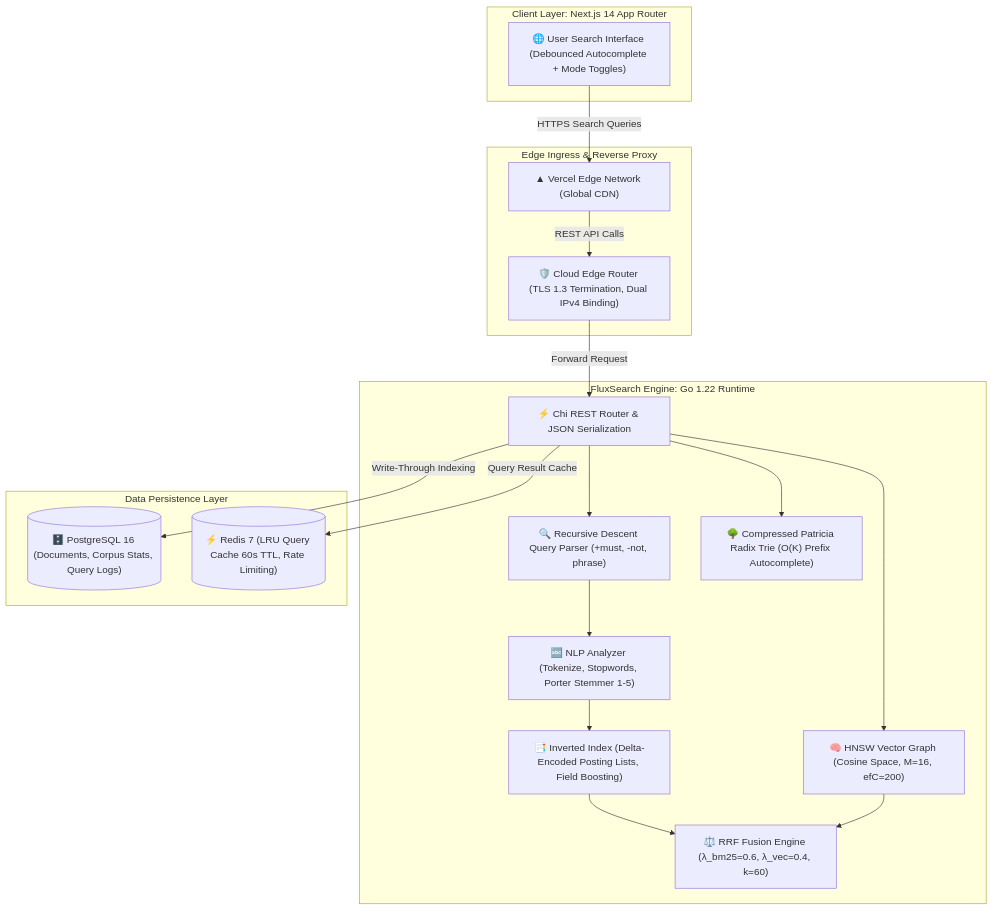
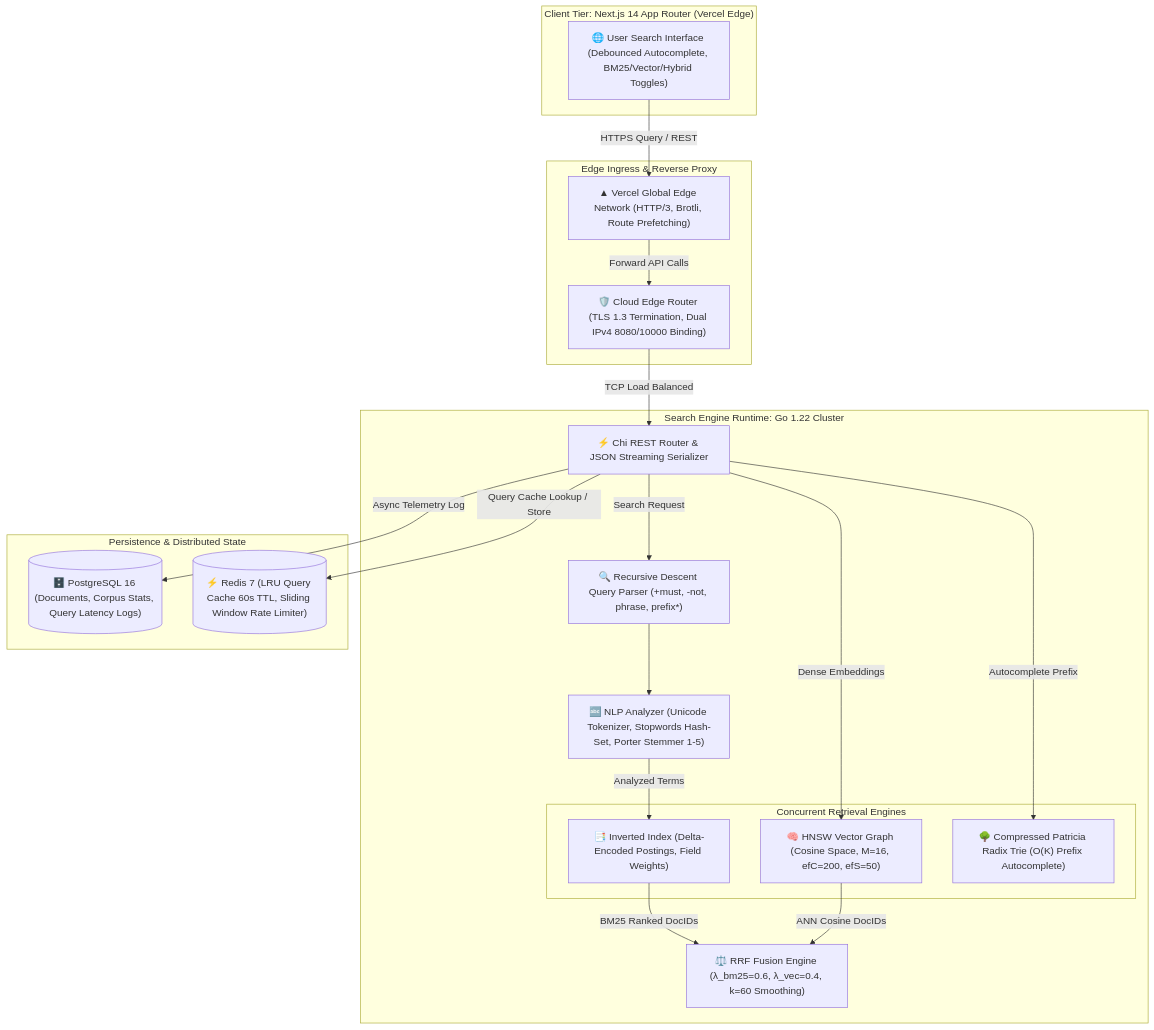
The first of 2 diagrams in README.md (AvijeetTiwari3/fluxsearch), drawn with Mermaid before and after one commit. The commit also changed other lines of this file, not shown here.

Commit message:
docs: publish Google SDE-grade architecture README with math proofs and sequence diagrams

````diff
--- a/README.md
+++ b/README.md
@@ -55,41 +68,46 @@
 ```mermaid
 flowchart TD
-    subgraph ClientTier ["Client Layer: Next.js 14 App Router"]
-        Browser["🌐 User Search Interface (Debounced Autocomplete + Mode Toggles)"]
+    subgraph ClientTier ["Client Tier: Next.js 14 App Router (Vercel Edge)"]
+        Browser["🌐 User Search Interface (Debounced Autocomplete, BM25/Vector/Hybrid Toggles)"]
     end
 
     subgraph EdgeRouting ["Edge Ingress & Reverse Proxy"]
-        VercelEdge["▲ Vercel Edge Network (Global CDN)"]
-        EdgeProxy["🛡️ Cloud Edge Router (TLS 1.3 Termination, Dual IPv4 Binding)"]
+        VercelCDN["▲ Vercel Global Edge Network (HTTP/3, Brotli, Route Prefetching)"]
+        RenderIngress["🛡️ Cloud Edge Router (TLS 1.3 Termination, Dual IPv4 8080/10000 Binding)"]
     end
 
-    subgraph EngineCore ["FluxSearch Engine: Go 1.22 Runtime"]
-        APIRouter["⚡ Chi REST Router & JSON Serialization"]
-        QueryParser["🔍 Recursive Descent Query Parser (+must, -not, phrase)"]
-        NLP["🔤 NLP Analyzer (Tokenize, Stopwords, Porter Stemmer 1-5)"]
-        InvertedIndex["📑 Inverted Index (Delta-Encoded Posting Lists, Field Boosting)"]
-        HNSW["🧠 HNSW Vector Graph (Cosine Space, M=16, efC=200)"]
-        RRFFusion["⚖️ RRF Fusion Engine (λ_bm25=0.6, λ_vec=0.4, k=60)"]
-        PatriciaTrie["🌳 Compressed Patricia Radix Trie (O(K) Prefix Autocomplete)"]
+    subgraph ComputeTier ["Search Engine Runtime: Go 1.22 Cluster"]
+        ChiRouter["⚡ Chi REST Router & JSON Streaming Serializer"]
+        Parser["🔍 Recursive Descent Query Parser (+must, -not, phrase, prefix*)"]
+        NLP["🔤 NLP Analyzer (Unicode Tokenizer, Stopwords Hash-Set, Porter Stemmer 1-5)"]
+        
+        subgraph DualEngines ["Concurrent Retrieval Engines"]
+            InvertedIdx["📑 Inverted Index (Delta-Encoded Postings, Field Weights)"]
+            HNSWGraph["🧠 HNSW Vector Graph (Cosine Space, M=16, efC=200, efS=50)"]
+            RadixTrie["🌳 Compressed Patricia Radix Trie (O(K) Prefix Autocomplete)"]
+        end
+
+        FusionEngine["⚖️ RRF Fusion Engine (λ_bm25=0.6, λ_vec=0.4, k=60 Smoothing)"]
     end
 
-    subgraph StorageTier ["Data Persistence Layer"]
-        Postgres[("🗄️ PostgreSQL 16 (Documents, Corpus Stats, Query Logs)")]
-        RedisCache[("⚡ Redis 7 (LRU Query Cache 60s TTL, Rate Limiting)")]
+    subgraph StorageTier ["Persistence & Distributed State"]
+        Postgres[("🗄️ PostgreSQL 16 (Documents, Corpus Stats, Query Latency Logs)")]
+        RedisCache[("⚡ Redis 7 (LRU Query Cache 60s TTL, Sliding Window Rate Limiter)")]
     end
 
-    Browser -->|HTTPS Search Queries| VercelEdge
-    VercelEdge -->|REST API Calls| EdgeProxy
-    EdgeProxy -->|Forward Request| APIRouter
+    Browser -->|HTTPS Query / REST| VercelCDN
+    VercelCDN -->|Forward API Calls| RenderIngress
+    RenderIngress -->|TCP Load Balanced| ChiRouter
 
-    APIRouter --> QueryParser
-    QueryParser --> NLP
-    NLP --> InvertedIndex
-    APIRouter --> HNSW
-    InvertedIndex --> RRFFusion
-    HNSW --> RRFFusion
-    APIRouter --> PatriciaTrie
+    ChiRouter -->|Autocomplete Prefix| RadixTrie
+    ChiRouter -->|Search Request| Parser
+    Parser --> NLP
+    NLP -->|Analyzed Terms| InvertedIdx
+    ChiRouter -->|Dense Embeddings| HNSWGraph
 
-    APIRouter -->|Write-Through Indexing| Postgres
-    APIRouter -->|Query Result Cache| RedisCache
+    InvertedIdx -->|BM25 Ranked DocIDs| FusionEngine
+    HNSWGraph -->|ANN Cosine DocIDs| FusionEngine
+
+    ChiRouter -->|Async Telemetry Log| Postgres
+    ChiRouter -->|Query Cache Lookup / Store| RedisCache
 ```
````
